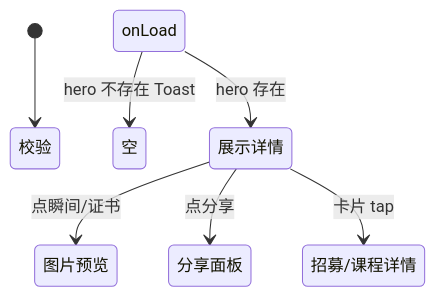
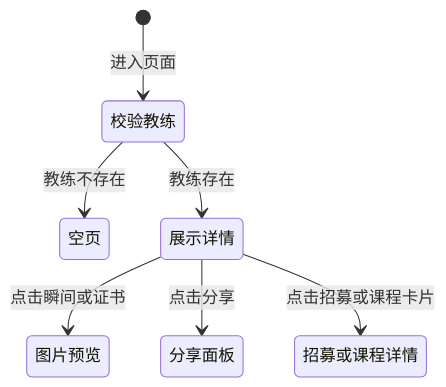
The diagram in docs/miniprogram/pages/英雄详情.md (cgd1093702532-star/personal-site), drawn with Mermaid before and after one commit. The commit also changed other lines of this file and 216 other files, not shown here.

````diff
--- a/docs/miniprogram/pages/英雄详情.md
+++ b/docs/miniprogram/pages/英雄详情.md
@@ -62,9 +135,9 @@
 ```mermaid
 stateDiagram-v2
-  [*] --> 校验 id: onLoad
-  校验 id --> 空: hero 不存在 Toast
-  校验 id --> 展示详情: hero 存在
-  展示详情 --> 图片预览: 点瞬间/证书
-  展示详情 --> 分享面板: 点分享
-  展示详情 --> 招募/课程详情: 卡片 tap
+  [*] --> 校验教练: 进入页面
+  校验教练 --> 空页: 教练不存在
+  校验教练 --> 展示详情: 教练存在
+  展示详情 --> 图片预览: 点击瞬间或证书
+  展示详情 --> 分享面板: 点击分享
+  展示详情 --> 招募或课程详情: 点击招募或课程卡片
 ```
````
